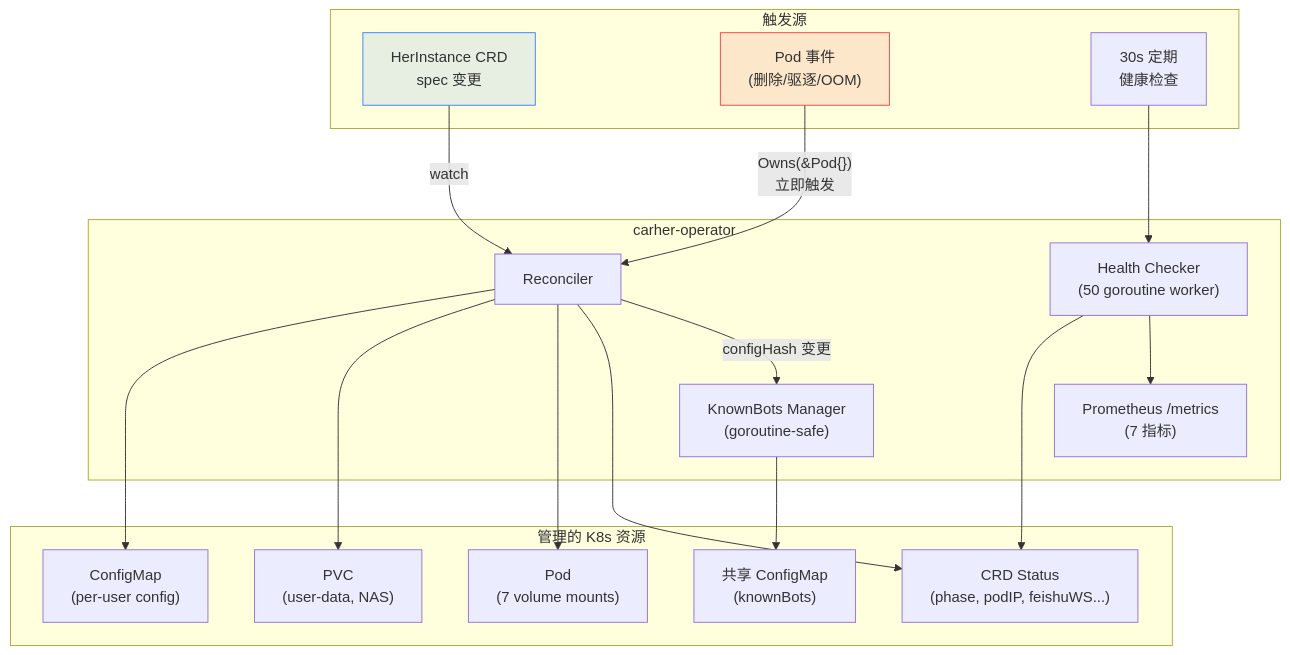
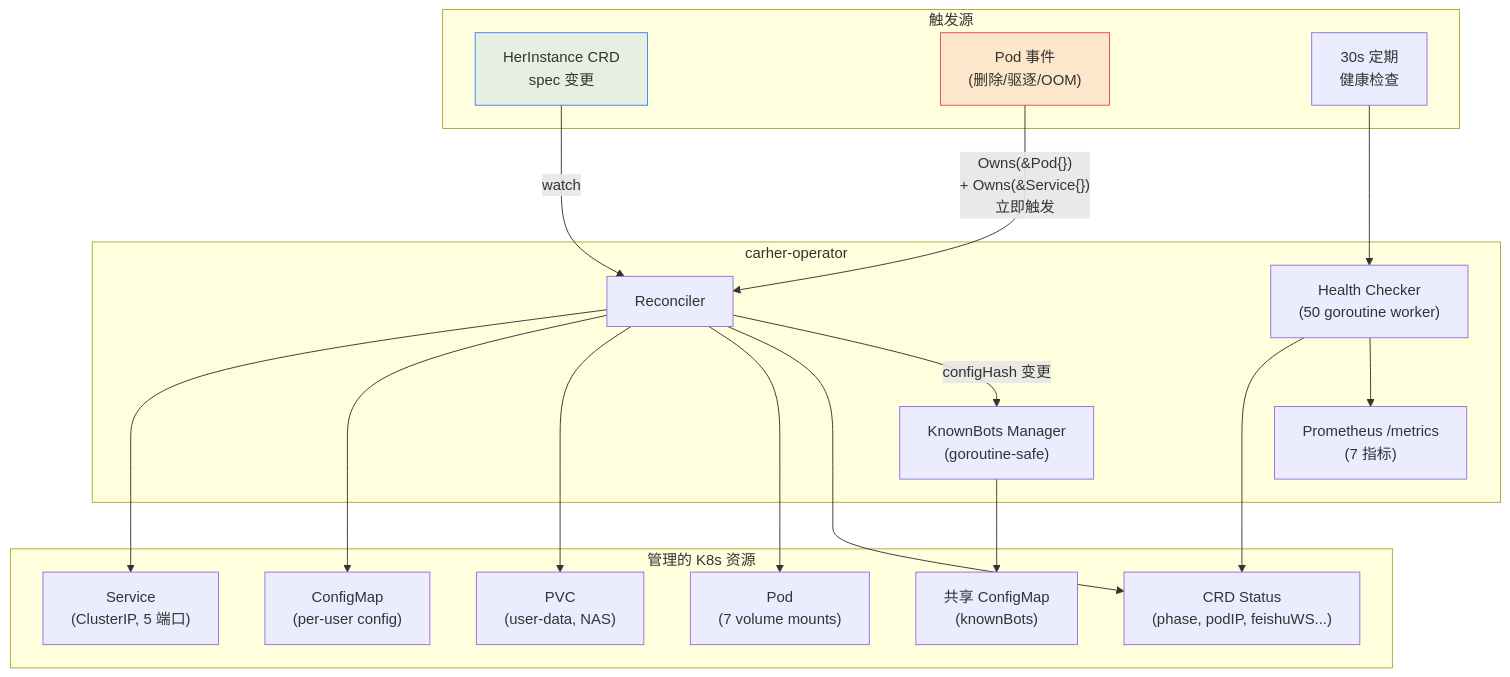
Before and after one commit to guangzhou/carher-admin: the first of 8 diagrams in operator-go/README.md, drawn with Mermaid. The commit also changed other lines of this file and 2 other files, not shown here.

````diff
--- a/operator-go/README.md
+++ b/operator-go/README.md
@@ -18,39 +18,41 @@
 ```mermaid
 graph TB
     subgraph Input["触发源"]
         CRD["HerInstance CRD<br/>spec 变更"]
         PodEvent["Pod 事件<br/>(删除/驱逐/OOM)"]
         Timer["30s 定期<br/>健康检查"]
     end
 
     subgraph Operator["carher-operator"]
         Reconciler["Reconciler"]
         Health["Health Checker<br/>(50 goroutine worker)"]
         KB["KnownBots Manager<br/>(goroutine-safe)"]
         Metrics["Prometheus /metrics<br/>(7 指标)"]
     end
 
     subgraph Resources["管理的 K8s 资源"]
+        SVC["Service<br/>(ClusterIP, 5 端口)"]
         CM["ConfigMap<br/>(per-user config)"]
         PVC["PVC<br/>(user-data, NAS)"]
         Pod["Pod<br/>(7 volume mounts)"]
         SharedCM["共享 ConfigMap<br/>(knownBots)"]
         Status["CRD Status<br/>(phase, podIP, feishuWS...)"]
     end
 
     CRD -->|"watch"| Reconciler
-    PodEvent -->|"Owns(&Pod{})<br/>立即触发"| Reconciler
+    PodEvent -->|"Owns(&Pod{})<br/>+ Owns(&Service{})<br/>立即触发"| Reconciler
     Timer --> Health
 
+    Reconciler --> SVC
     Reconciler --> CM
     Reconciler --> PVC
     Reconciler --> Pod
     Reconciler --> Status
     Reconciler -->|"configHash 变更"| KB
     KB --> SharedCM
     Health --> Status
     Health --> Metrics
 
     style PodEvent fill:#ef444420,stroke:#ef4444
     style CRD fill:#3b82f620,stroke:#3b82f6
 ```
````
